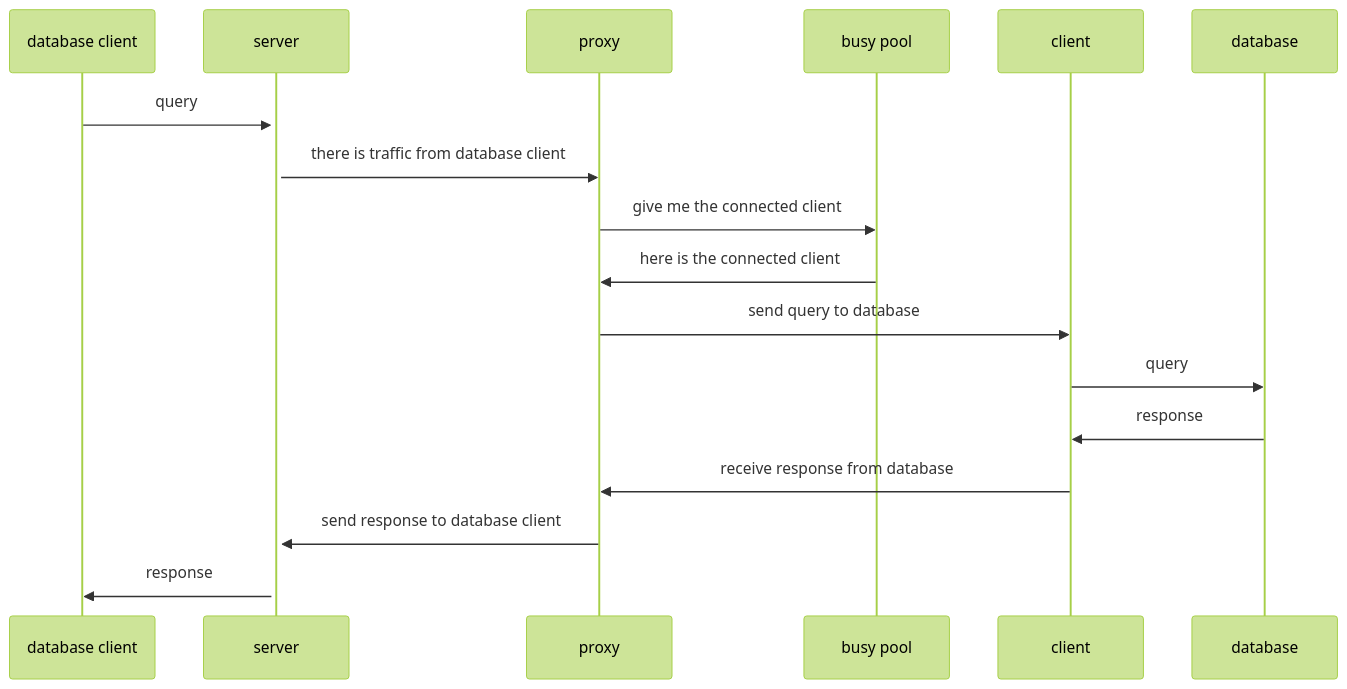
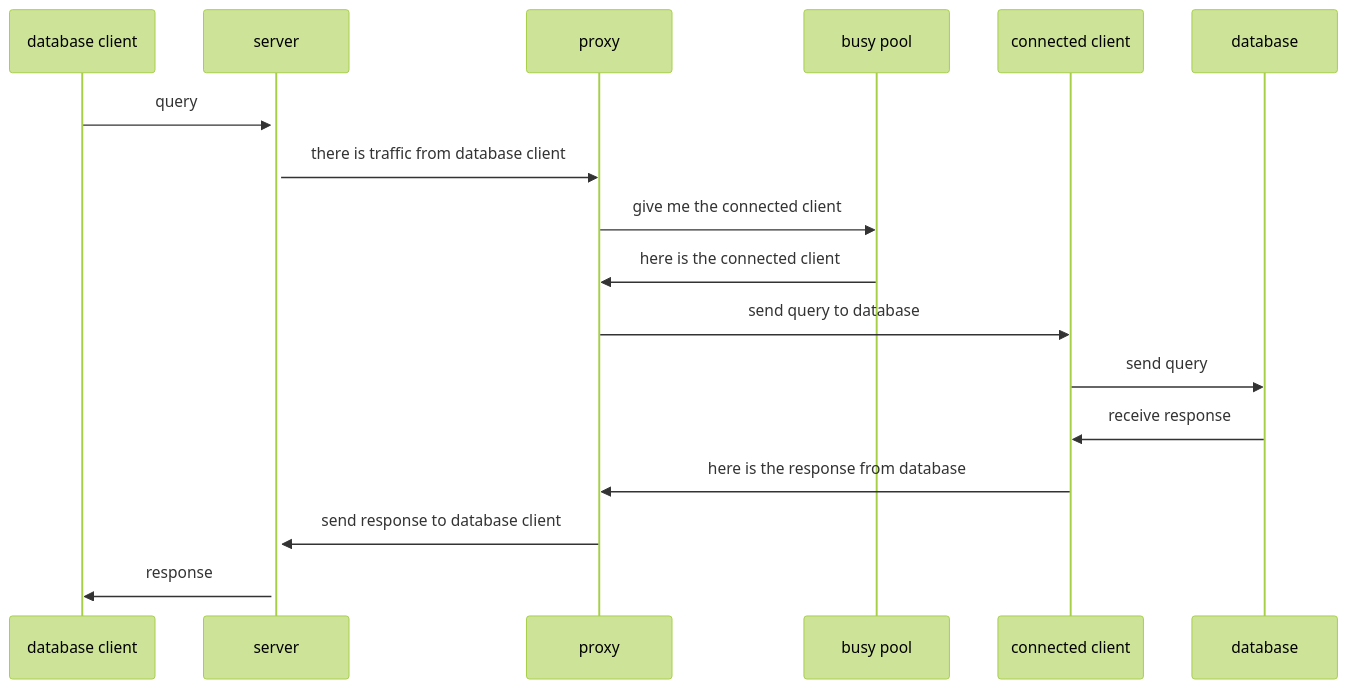
The second of 3 diagrams in pages/02-using-gatewayd/06-proxies.md (gatewayd-io/docs), drawn with Mermaid (forest theme) before and after one commit.

Commit message:
Update sequence diagram

````diff
--- a/pages/02-using-gatewayd/06-proxies.md
+++ b/pages/02-using-gatewayd/06-proxies.md
@@ -26,13 +26,13 @@
 ```mermaid
 sequenceDiagram
     database client->>+server: query
     server->>proxy: there is traffic from database client
     proxy->>busy pool: give me the connected client
     busy pool->>proxy: here is the connected client
-    proxy->>client: send query to database
-    client->>database: query
-    database->>client: response
-    client->>proxy: receive response from database
+    proxy->>connected client: send query to database
+    connected client->>database: send query
+    database->>connected client: receive response
+    connected client->>proxy: here is the response from database
     proxy->>server: send response to database client
     server->>database client: response
 ```
````
